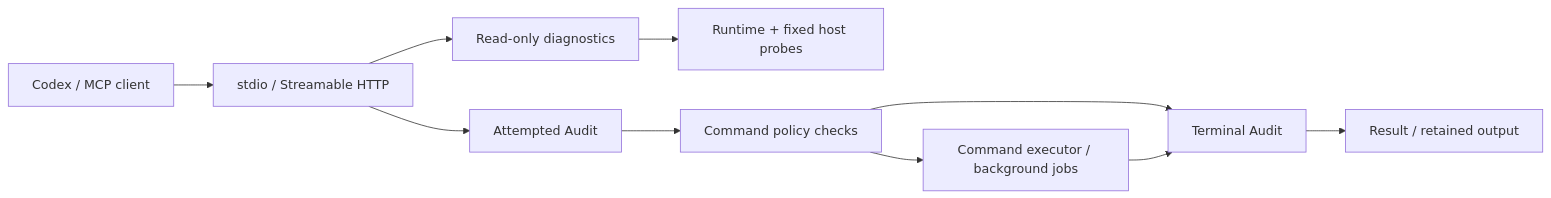
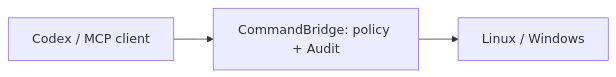
The diagram in README.md (HsinPu/command-bridge-mcp-server), drawn with Mermaid before and after one commit. The commit also changed other lines of this file and 13 other files, not shown here.

````diff
--- a/README.md
+++ b/README.md
@@ -45,12 +21,5 @@
 ```mermaid
 flowchart LR
-    Client["Codex / MCP client"] --> Transport["stdio / Streamable HTTP"]
-    Transport --> Diagnostics["Read-only diagnostics"]
-    Diagnostics --> State["Runtime + fixed host probes"]
-    Transport --> Attempt["Attempted Audit"]
-    Attempt --> Policy["Command policy checks"]
-    Policy --> Executor["Command executor / background jobs"]
-    Policy --> Terminal["Terminal Audit"]
-    Executor --> Terminal
-    Terminal --> Result["Result / retained output"]
+    Client["Codex / MCP client"] --> Server["CommandBridge: policy + Audit"]
+    Server --> Host["Linux / Windows"]
 ```
````
